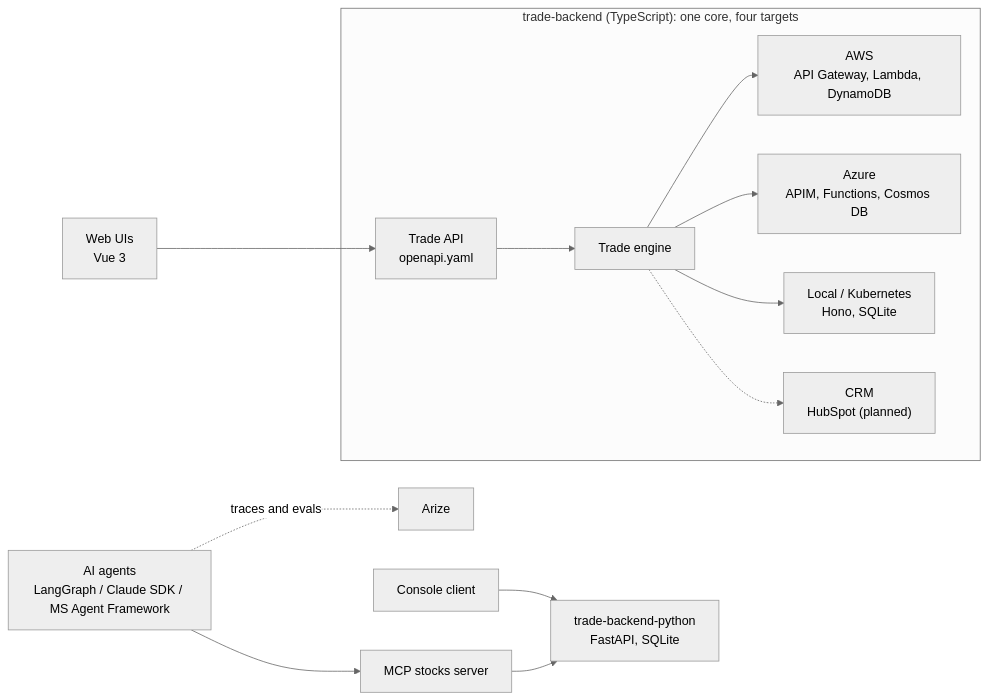
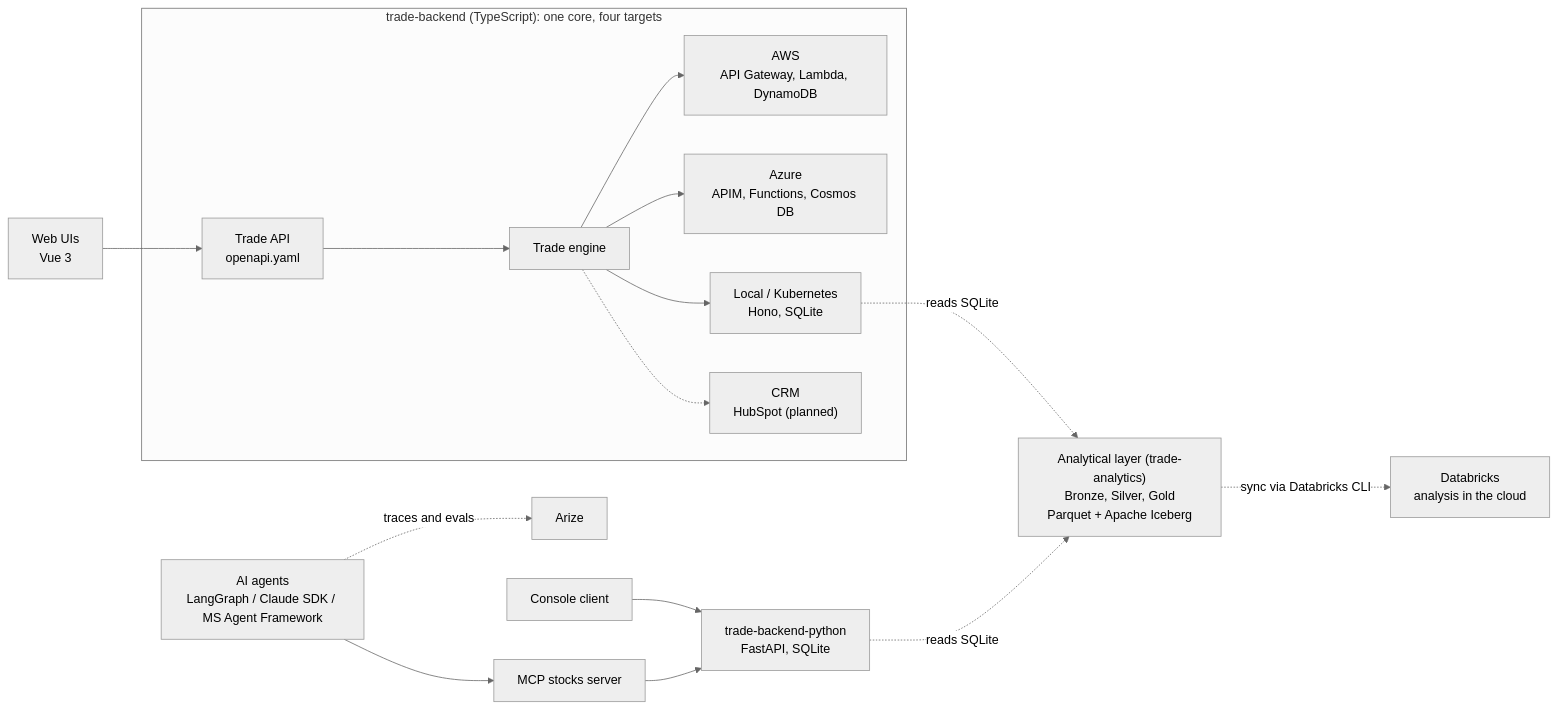
The diagram in README.md (alexbcbr/stock-market-simulator), drawn with Mermaid (neutral theme) before and after one commit. The commit also changed other lines of this file and 38 other files, not shown here.

Commit message:
added analytics integration with parquet/iceberg/databricks

````diff
--- a/README.md
+++ b/README.md
@@ -21,17 +22,22 @@
 ```mermaid
 flowchart LR
     UI["Web UIs<br/>Vue 3"] --> API
     CON["Console client"] --> PY
     AG["AI agents<br/>LangGraph / Claude SDK / MS Agent Framework"] --> MCP["MCP stocks server"] --> PY
 
     subgraph TS["trade-backend (TypeScript): one core, four targets"]
         API["Trade API<br/>openapi.yaml"] --> CORE["Trade engine"]
         CORE --> T1["AWS<br/>API Gateway, Lambda, DynamoDB"]
         CORE --> T2["Azure<br/>APIM, Functions, Cosmos DB"]
         CORE --> T3["Local / Kubernetes<br/>Hono, SQLite"]
         CORE -.-> CRM["CRM<br/>HubSpot (planned)"]
     end
 
     PY["trade-backend-python<br/>FastAPI, SQLite"]
     AG -.traces and evals.-> ARIZE["Arize"]
+
+    AN["Analytical layer (trade-analytics)<br/>Bronze, Silver, Gold<br/>Parquet + Apache Iceberg"]
+    T3 -.reads SQLite.-> AN
+    PY -.reads SQLite.-> AN
+    AN -.sync via Databricks CLI.-> DBX["Databricks<br/>analysis in the cloud"]
 ```
````
